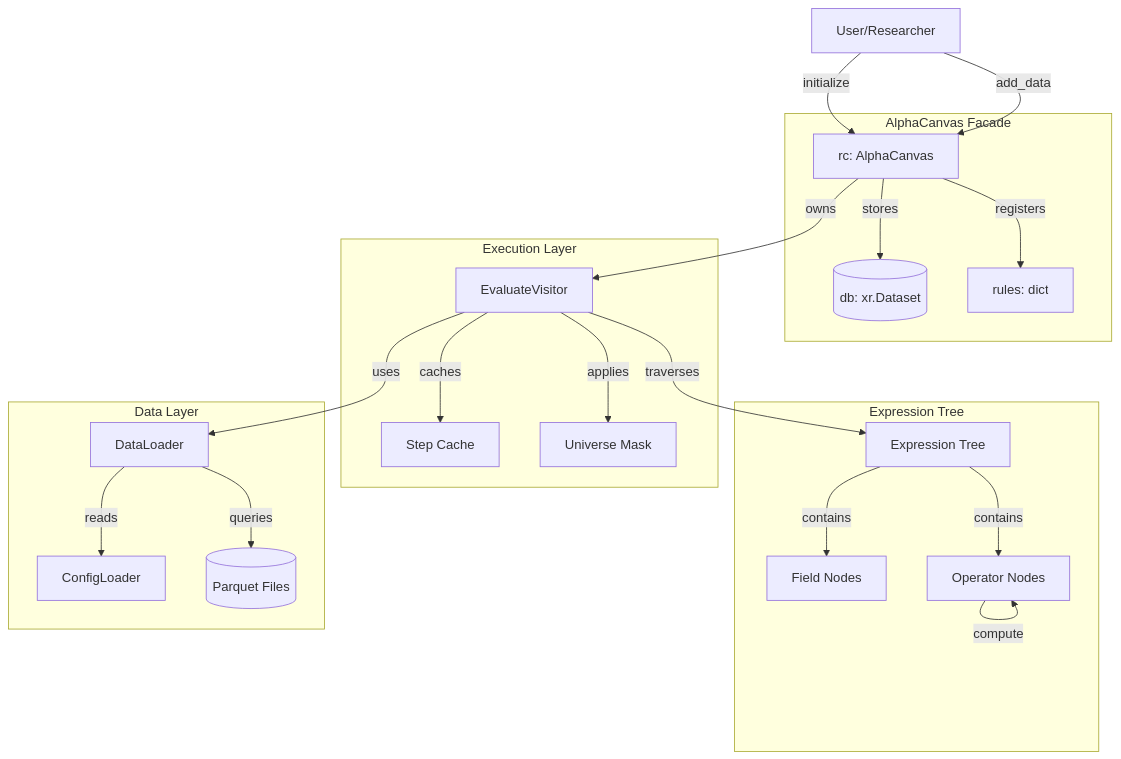
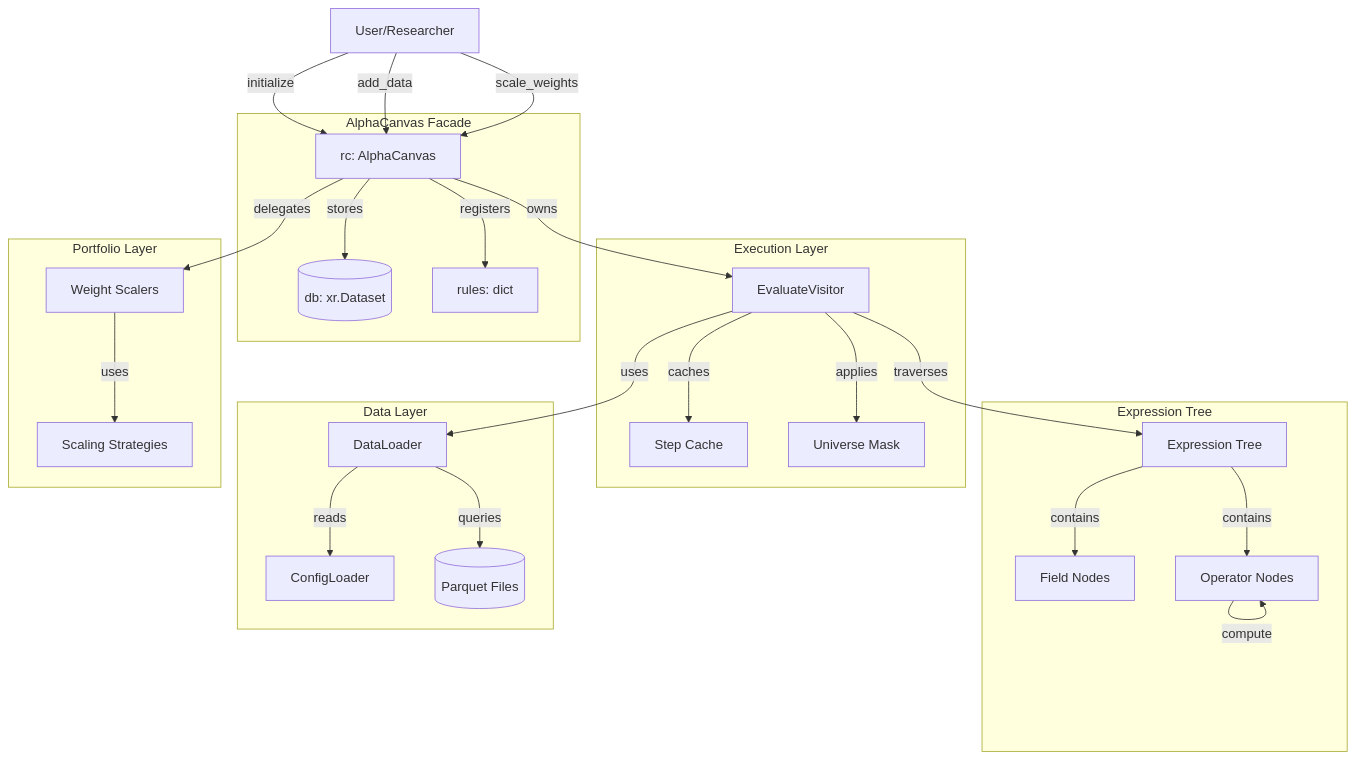
The first of 4 diagrams in docs/vibe_coding/architecture.md (jaepil-choi/alpha-excel), drawn with Mermaid before and after one commit. The commit also changed other lines of this file and 2 other files, not shown here.

First line of the commit message:
docs: add Portfolio Weight Scaling (F5) feature to all three reference documents

````diff
--- a/docs/vibe_coding/architecture.md
+++ b/docs/vibe_coding/architecture.md
@@ -9,47 +9,55 @@
 ```mermaid
 graph TB
     User[User/Researcher]
     
     subgraph "AlphaCanvas Facade"
         RC[rc: AlphaCanvas]
         DB[(db: xr.Dataset)]
         Rules[rules: dict]
     end
     
     subgraph "Execution Layer"
         Visitor[EvaluateVisitor]
         Cache[Step Cache]
         UnivMask[Universe Mask]
     end
     
     subgraph "Expression Tree"
         Field[Field Nodes]
         Operators[Operator Nodes]
         ExprTree[Expression Tree]
     end
     
     subgraph "Data Layer"
         Config[ConfigLoader]
         DataLoader[DataLoader]
         Parquet[(Parquet Files)]
     end
     
+    subgraph "Portfolio Layer"
+        Scalers[Weight Scalers]
+        Strategies[Scaling Strategies]
+    end
+    
     User -->|initialize| RC
     User -->|add_data| RC
+    User -->|scale_weights| RC
     RC -->|stores| DB
     RC -->|registers| Rules
     RC -->|owns| Visitor
+    RC -->|delegates| Scalers
     
     Visitor -->|applies| UnivMask
     Visitor -->|caches| Cache
     Visitor -->|traverses| ExprTree
     
     ExprTree -->|contains| Field
     ExprTree -->|contains| Operators
     
     Visitor -->|uses| DataLoader
     DataLoader -->|reads| Config
     DataLoader -->|queries| Parquet
     
+    Scalers -->|uses| Strategies
     Operators -->|compute| Operators
 ```
````
